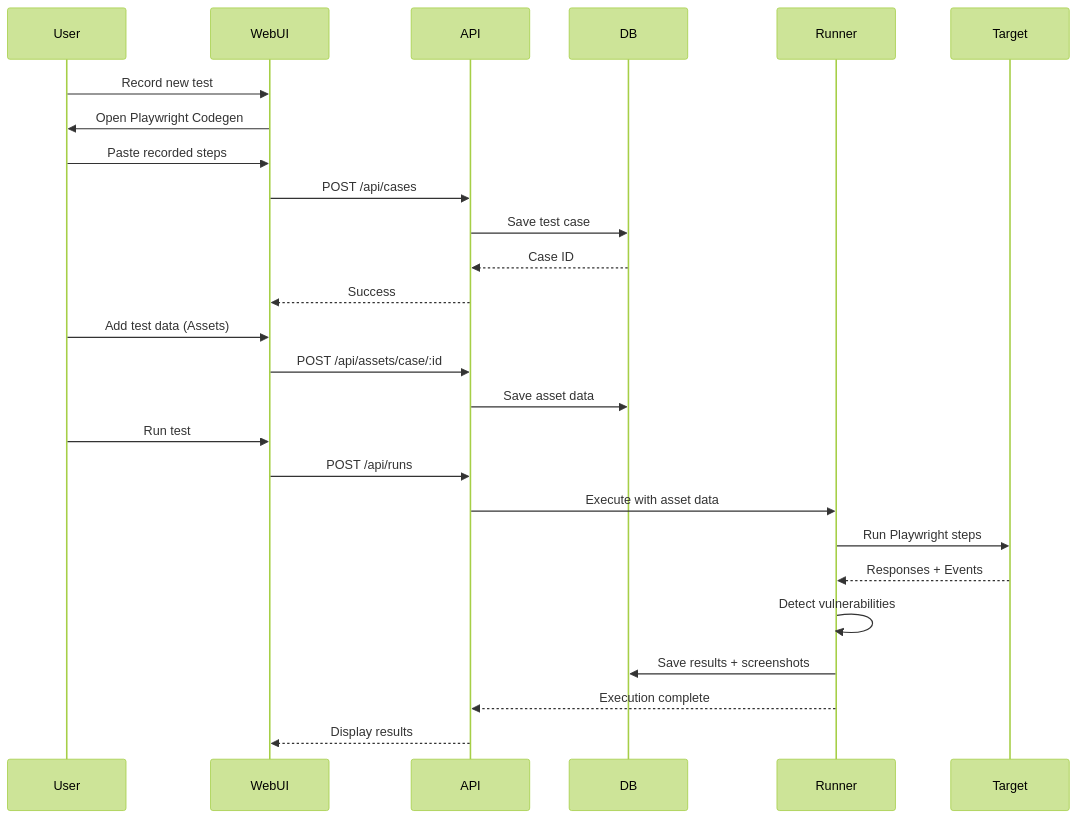
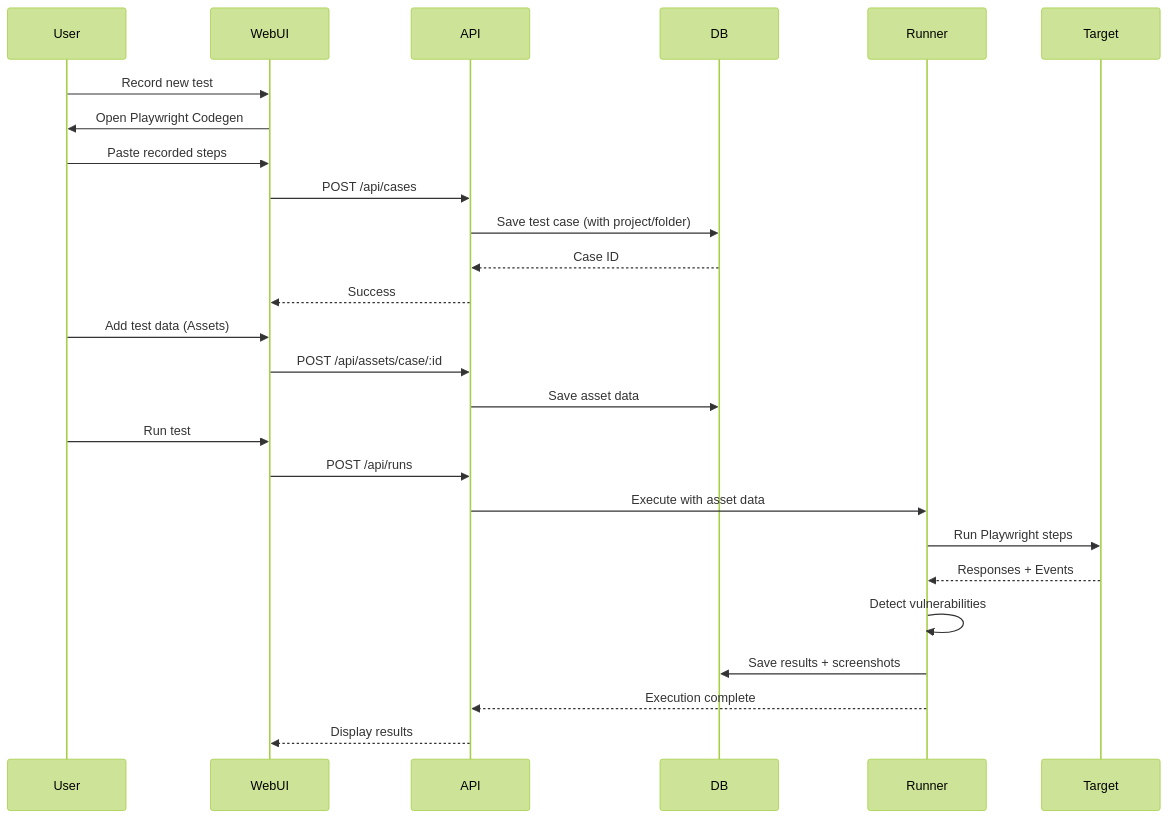
Before and after one commit to ngezLin/bobtester: the second of 3 diagrams in llm-context/flow.md, drawn with Mermaid (forest theme). The commit also changed other lines of this file and 18 other files, not shown here.

````diff
--- a/llm-context/flow.md
+++ b/llm-context/flow.md
@@ -65,31 +44,31 @@
 ```mermaid
 sequenceDiagram
     participant User
     participant WebUI
     participant API
     participant DB
     participant Runner
     participant Target
 
     User->>WebUI: Record new test
     WebUI->>User: Open Playwright Codegen
     User->>WebUI: Paste recorded steps
     WebUI->>API: POST /api/cases
-    API->>DB: Save test case
+    API->>DB: Save test case (with project/folder)
     DB-->>API: Case ID
     API-->>WebUI: Success
 
     User->>WebUI: Add test data (Assets)
     WebUI->>API: POST /api/assets/case/:id
     API->>DB: Save asset data
 
     User->>WebUI: Run test
     WebUI->>API: POST /api/runs
     API->>Runner: Execute with asset data
     Runner->>Target: Run Playwright steps
     Target-->>Runner: Responses + Events
     Runner->>Runner: Detect vulnerabilities
     Runner->>DB: Save results + screenshots
     Runner-->>API: Execution complete
     API-->>WebUI: Display results
 ```
````
